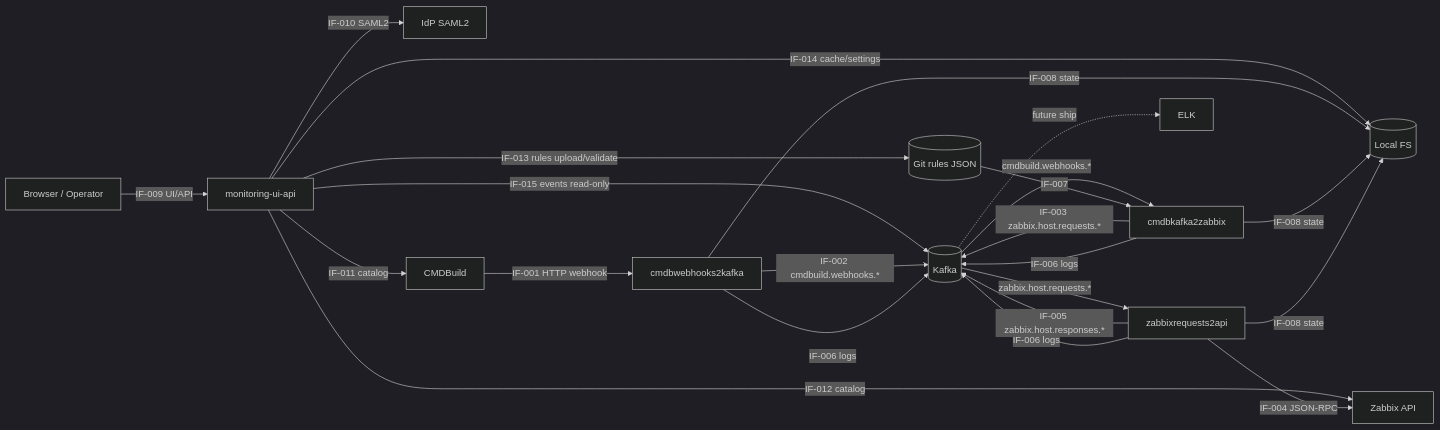
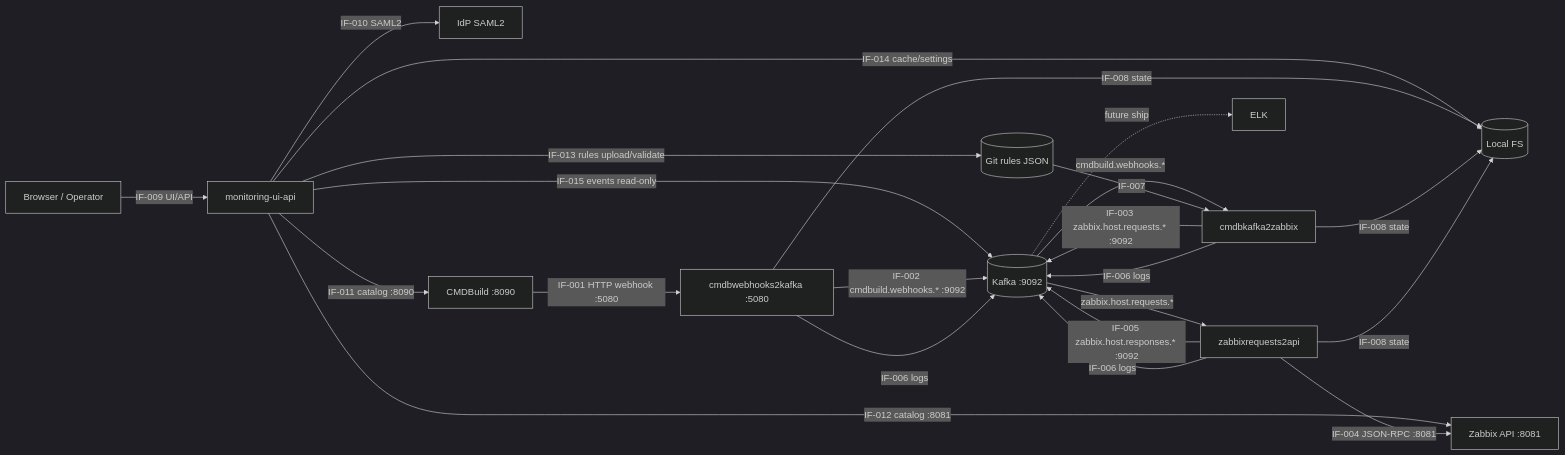
Before and after one commit to igorlyapin-max/cmdb2monitoring: the diagram in aa/information-model.mmd, drawn with Mermaid (dark theme). The commit also changed 31 other files, not shown here.

```diff
--- a/aa/information-model.mmd
+++ b/aa/information-model.mmd
@@ -1,23 +1,23 @@
 flowchart LR
     browser[Browser / Operator] -->|IF-009 UI/API| ui[monitoring-ui-api]
     ui -->|IF-010 SAML2| idp[IdP SAML2]
-    ui -->|IF-011 catalog| cmdb
-    ui -->|IF-012 catalog| zbx
+    ui -->|IF-011 catalog :8090| cmdb
+    ui -->|IF-012 catalog :8081| zbx
     ui -->|IF-013 rules upload/validate| rules
     ui -->|IF-014 cache/settings| fs
     ui -->|IF-015 events read-only| kafka
-    cmdb[CMDBuild] -->|IF-001 HTTP webhook| wh[cmdbwebhooks2kafka]
-    wh -->|IF-002 cmdbuild.webhooks.*| kafka[(Kafka)]
+    cmdb[CMDBuild :8090] -->|IF-001 HTTP webhook :5080| wh[cmdbwebhooks2kafka :5080]
+    wh -->|IF-002 cmdbuild.webhooks.* :9092| kafka[(Kafka :9092)]
     kafka -->|cmdbuild.webhooks.*| conv[cmdbkafka2zabbix]
     rules[(Git rules JSON)] -->|IF-007| conv
-    conv -->|IF-003 zabbix.host.requests.*| kafka
+    conv -->|IF-003 zabbix.host.requests.* :9092| kafka
     kafka -->|zabbix.host.requests.*| api[zabbixrequests2api]
-    api -->|IF-004 JSON-RPC| zbx[Zabbix API]
-    api -->|IF-005 zabbix.host.responses.*| kafka
+    api -->|IF-004 JSON-RPC :8081| zbx[Zabbix API :8081]
+    api -->|IF-005 zabbix.host.responses.* :9092| kafka
     wh -->|IF-006 logs| kafka
     conv -->|IF-006 logs| kafka
     api -->|IF-006 logs| kafka
     wh -->|IF-008 state| fs[(Local FS)]
     conv -->|IF-008 state| fs
     api -->|IF-008 state| fs
     kafka -. future ship .-> elk[ELK]
```
